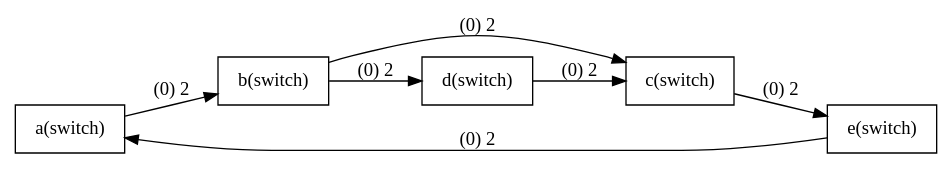
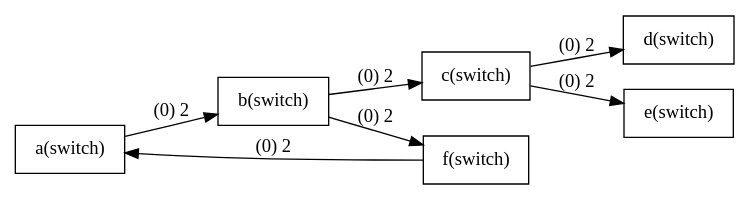
The diagram in plot.dot (claireyy23/2019-spring-gt), drawn with Graphviz before and after one commit. The commit also changed 3 other files, not shown here.

```diff
--- a/plot.dot
+++ b/plot.dot
@@ -1,24 +1,24 @@
 digraph G{
 rankdir=LR;
 node [shape=record];
 
 a [label="a(switch)"];
 b [label="b(switch)"];
 a->b[label="(0) 2"];
 b [label="b(switch)"];
 c [label="c(switch)"];
 b->c[label="(0) 2"];
-b [label="b(switch)"];
+c [label="c(switch)"];
 d [label="d(switch)"];
-b->d[label="(0) 2"];
-d [label="d(switch)"];
-c [label="c(switch)"];
-d->c[label="(0) 2"];
+c->d[label="(0) 2"];
 c [label="c(switch)"];
 e [label="e(switch)"];
 c->e[label="(0) 2"];
-e [label="e(switch)"];
+b [label="b(switch)"];
+f [label="f(switch)"];
+b->f[label="(0) 2"];
+f [label="f(switch)"];
 a [label="a(switch)"];
-e->a[label="(0) 2"];
+f->a[label="(0) 2"];
 
 }
```
